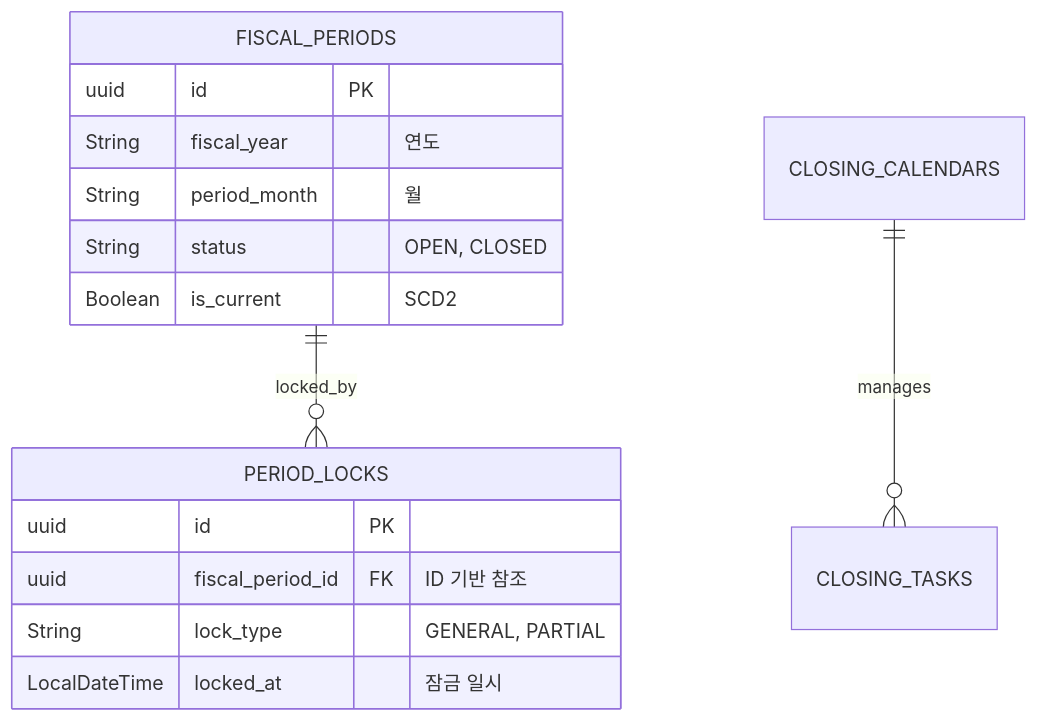
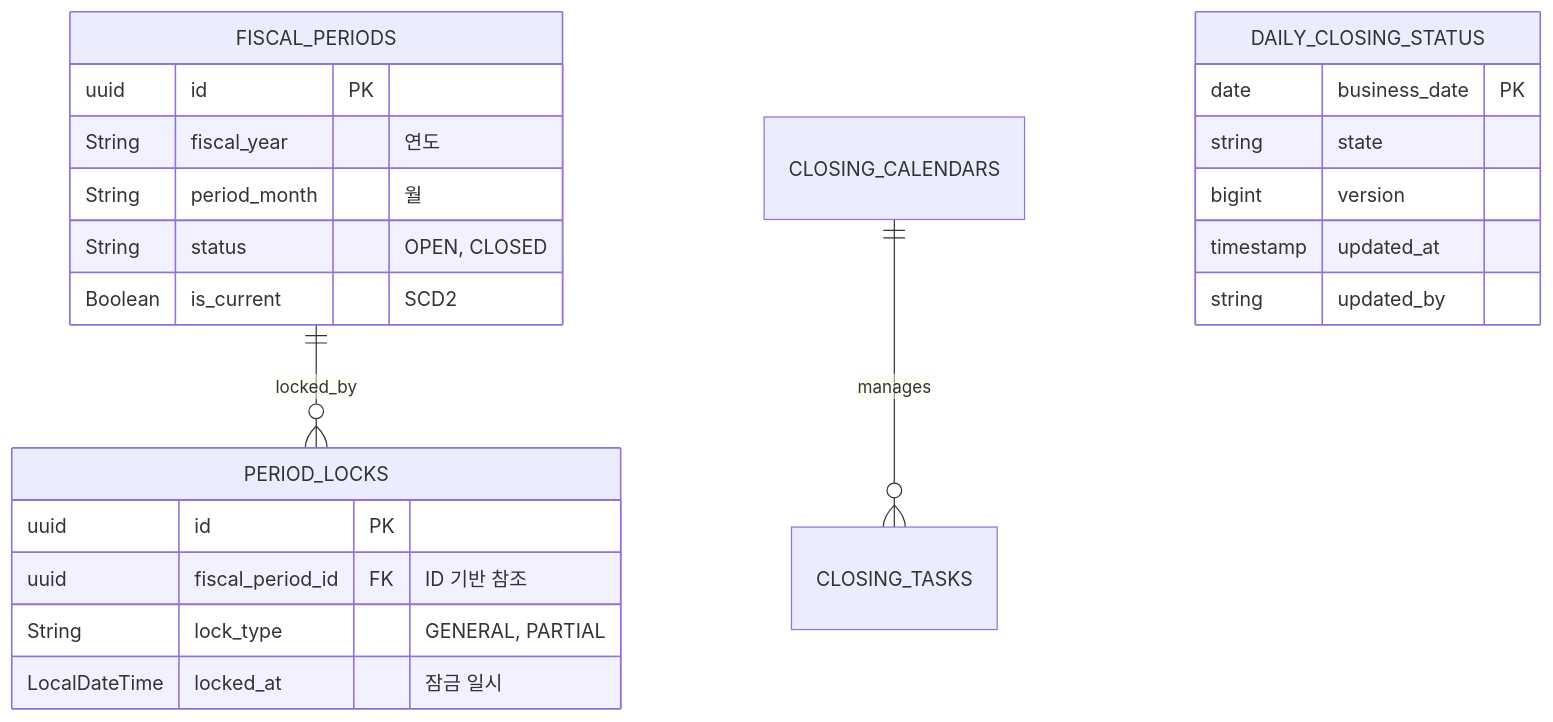
Before and after one commit to skyg547/account: the third of 3 diagrams in closing/README.md, drawn with Mermaid. The commit also changed other lines of this file and 45 other files, not shown here.

````diff
--- a/closing/README.md
+++ b/closing/README.md
@@ -79,20 +86,27 @@
 ```mermaid
 erDiagram
     FISCAL_PERIODS ||--o{ PERIOD_LOCKS : "locked_by"
     CLOSING_CALENDARS ||--o{ CLOSING_TASKS : "manages"
+    DAILY_CLOSING_STATUS {
+        date business_date PK
+        string state
+        bigint version
+        timestamp updated_at
+        string updated_by
+    }
 
     FISCAL_PERIODS {
         uuid id PK
         String fiscal_year "연도"
         String period_month "월"
         String status "OPEN, CLOSED"
         Boolean is_current "SCD2"
     }
     
     PERIOD_LOCKS {
         uuid id PK
         uuid fiscal_period_id FK "ID 기반 참조"
         String lock_type "GENERAL, PARTIAL"
         LocalDateTime locked_at "잠금 일시"
     }
 ```
````
